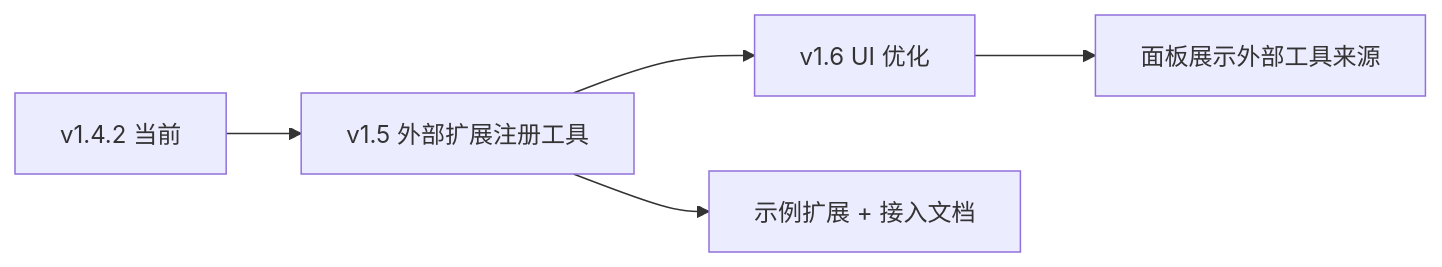
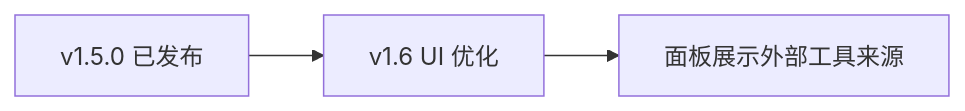
One commit to x1phyr/cocos-mcp-server changed the diagram in DEV.md. Above: the diagram before and after it, drawn with Mermaid. The commit also changed other lines of this file and 20 other files, not shown here.

````diff
--- a/DEV.md
+++ b/DEV.md
@@ -206,7 +253,5 @@
 ```mermaid
 flowchart LR
-  A[v1.4.2 当前] --> B[v1.5 外部扩展注册工具]
-  B --> C[v1.6 UI 优化]
-  B --> D[示例扩展 + 接入文档]
-  C --> E[面板展示外部工具来源]
+  A[v1.5.0 已发布] --> B[v1.6 UI 优化]
+  B --> C[面板展示外部工具来源]
 ```
````
